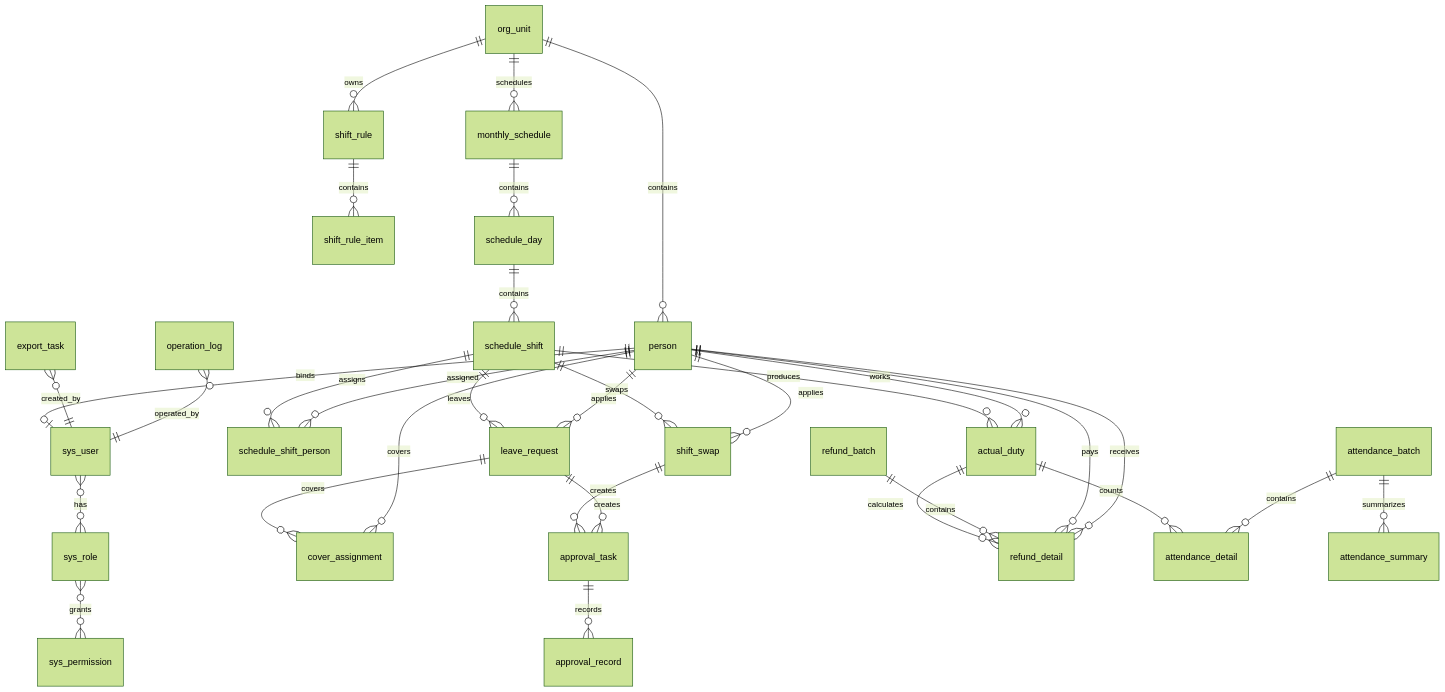
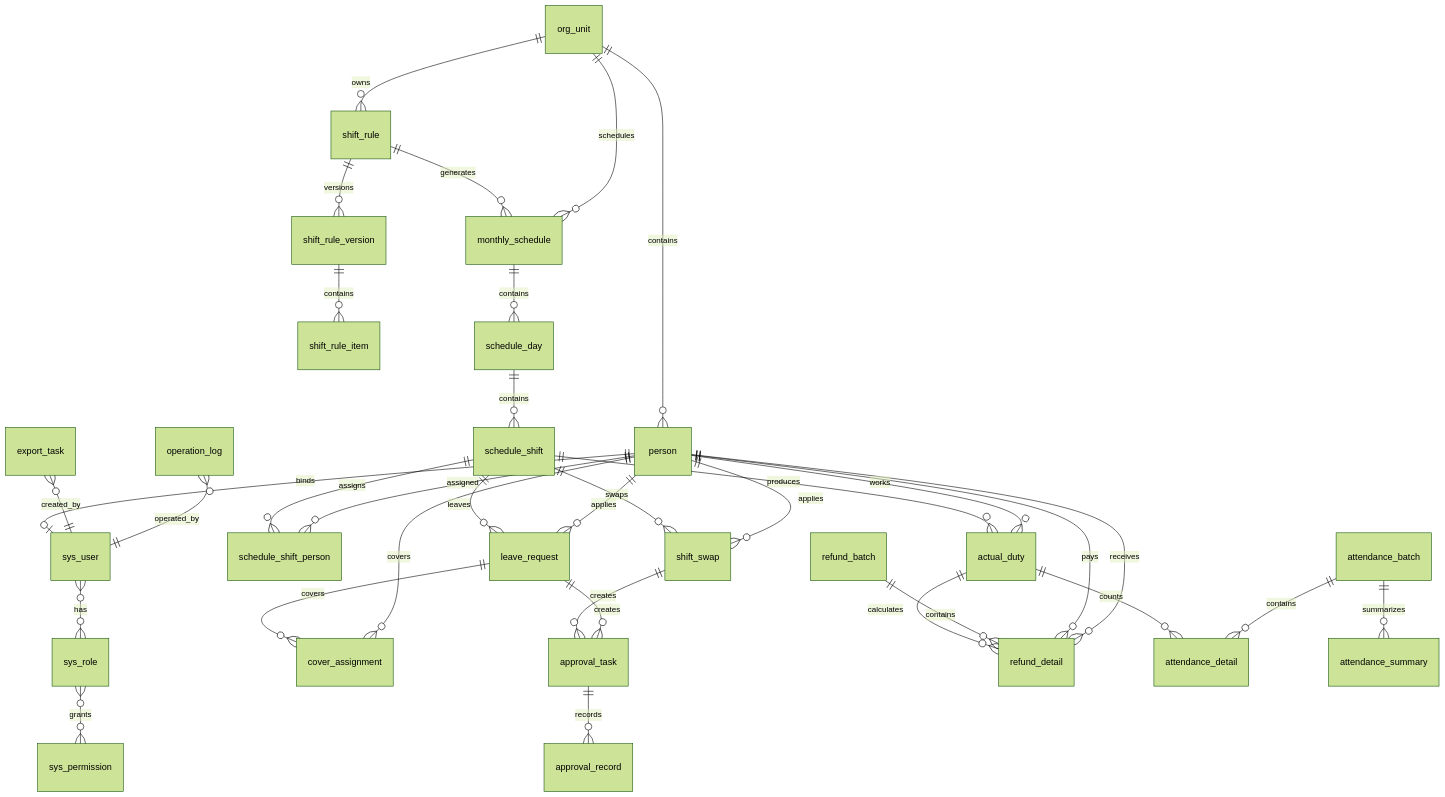
The third of 3 diagrams in docs/design/03-总体设计.md (libaiyun/duty-management-system), drawn with Mermaid (forest theme) before and after one commit. The commit also changed other lines of this file and 4 other files, not shown here.

````diff
--- a/docs/design/03-总体设计.md
+++ b/docs/design/03-总体设计.md
@@ -218,41 +221,43 @@
 ```mermaid
 erDiagram
     org_unit ||--o{ person : contains
     person ||--o| sys_user : binds
     sys_user }o--o{ sys_role : has
     sys_role }o--o{ sys_permission : grants
 
     org_unit ||--o{ shift_rule : owns
-    shift_rule ||--o{ shift_rule_item : contains
+    shift_rule ||--o{ shift_rule_version : versions
+    shift_rule_version ||--o{ shift_rule_item : contains
+    shift_rule ||--o{ monthly_schedule : generates
     org_unit ||--o{ monthly_schedule : schedules
     monthly_schedule ||--o{ schedule_day : contains
     schedule_day ||--o{ schedule_shift : contains
     schedule_shift ||--o{ schedule_shift_person : assigns
     person ||--o{ schedule_shift_person : assigned
 
     schedule_shift ||--o{ actual_duty : produces
     person ||--o{ actual_duty : works
 
     schedule_shift ||--o{ shift_swap : swaps
     schedule_shift ||--o{ leave_request : leaves
     leave_request ||--o{ cover_assignment : covers
     person ||--o{ shift_swap : applies
     person ||--o{ leave_request : applies
     person ||--o{ cover_assignment : covers
 
     approval_task ||--o{ approval_record : records
     shift_swap ||--o{ approval_task : creates
     leave_request ||--o{ approval_task : creates
 
     actual_duty ||--o{ refund_detail : calculates
     refund_batch ||--o{ refund_detail : contains
     person ||--o{ refund_detail : pays
     person ||--o{ refund_detail : receives
 
     actual_duty ||--o{ attendance_detail : counts
     attendance_batch ||--o{ attendance_detail : contains
     attendance_batch ||--o{ attendance_summary : summarizes
 
     export_task }o--|| sys_user : created_by
     operation_log }o--|| sys_user : operated_by
 ```
````
